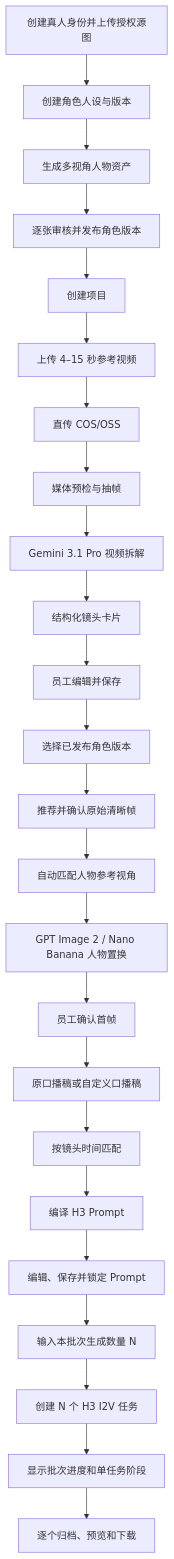
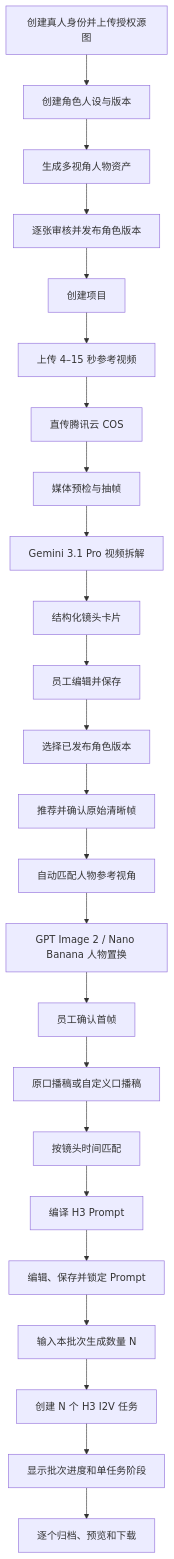
One commit to phlong026/xiangshu-video-replica changed the first of 2 diagrams in docs/短视频复刻桌面端开发说明.md. Above: the diagram before and after it, drawn with Mermaid. The commit also changed other lines of this file and 40 other files, not shown here.

```diff
--- a/docs/短视频复刻桌面端开发说明.md
+++ b/docs/短视频复刻桌面端开发说明.md
@@ -155,26 +155,26 @@
 ~~~mermaid
 flowchart TB
     A["创建真人身份并上传授权源图"] --> B["创建角色人设与版本"]
     B --> C["生成多视角人物资产"]
     C --> D["逐张审核并发布角色版本"]
     D --> E["创建项目"]
     E --> F["上传 4–15 秒参考视频"]
-    F --> G["直传 COS/OSS"]
+    F --> G["直传腾讯云 COS"]
     G --> H["媒体预检与抽帧"]
     H --> I["Gemini 3.1 Pro 视频拆解"]
     I --> J["结构化镜头卡片"]
     J --> K["员工编辑并保存"]
     K --> L["选择已发布角色版本"]
     L --> M["推荐并确认原始清晰帧"]
     M --> N["自动匹配人物参考视角"]
     N --> O["GPT Image 2 / Nano Banana 人物置换"]
     O --> P["员工确认首帧"]
     P --> Q["原口播稿或自定义口播稿"]
     Q --> R["按镜头时间匹配"]
     R --> S["编译 H3 Prompt"]
     S --> T["编辑、保存并锁定 Prompt"]
     T --> U["输入本批次生成数量 N"]
     U --> V["创建 N 个 H3 I2V 任务"]
     V --> W["显示批次进度和单任务阶段"]
     W --> X["逐个归档、预览和下载"]
 ~~~
```
